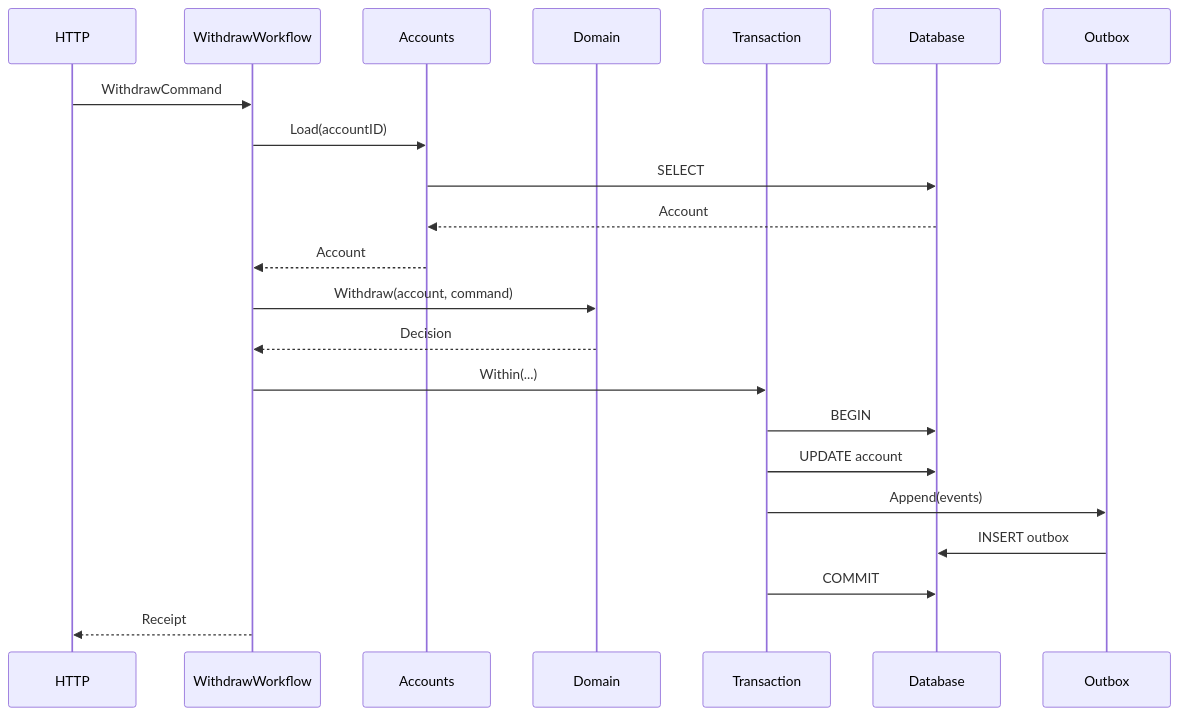
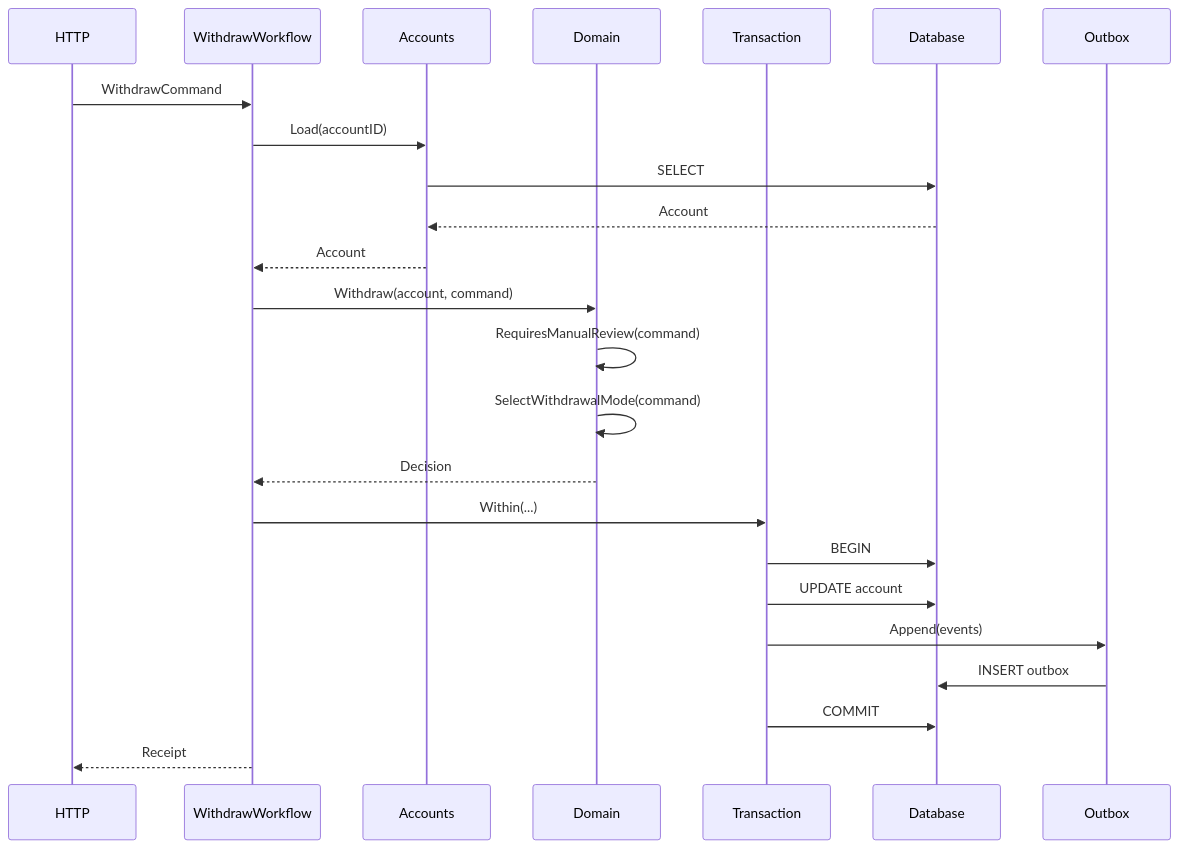
Before and after one commit to alvadorncorp/functional-go: the first of 3 diagrams in workflow/docs/examples.md, drawn with Mermaid. The commit also changed other lines of this file and 12 other files, not shown here.

````diff
--- a/workflow/docs/examples.md
+++ b/workflow/docs/examples.md
@@ -12,28 +12,30 @@
 ```mermaid
 sequenceDiagram
     participant HTTP
     participant WF as WithdrawWorkflow
     participant ACC as Accounts
     participant DOM as Domain
     participant TX as Transaction
     participant DB as Database
     participant OUT as Outbox
 
     HTTP->>WF: WithdrawCommand
     WF->>ACC: Load(accountID)
     ACC->>DB: SELECT
     DB-->>ACC: Account
     ACC-->>WF: Account
 
     WF->>DOM: Withdraw(account, command)
+    DOM->>DOM: RequiresManualReview(command)
+    DOM->>DOM: SelectWithdrawalMode(command)
     DOM-->>WF: Decision
 
     WF->>TX: Within(...)
     TX->>DB: BEGIN
     TX->>DB: UPDATE account
     TX->>OUT: Append(events)
     OUT->>DB: INSERT outbox
     TX->>DB: COMMIT
 
     WF-->>HTTP: Receipt
 ```
````
